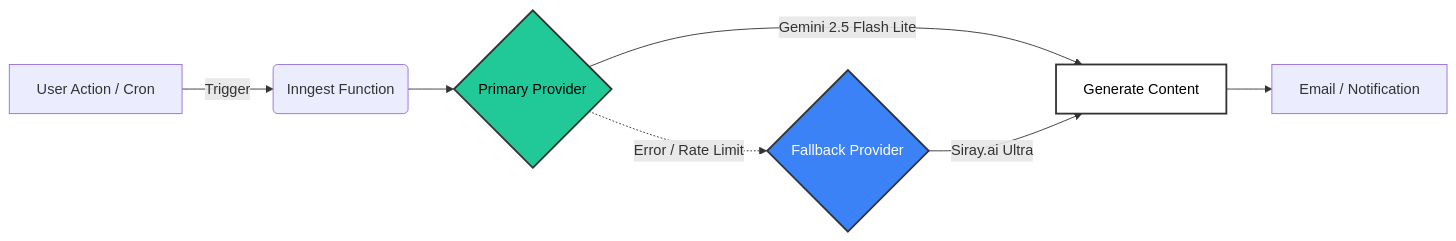
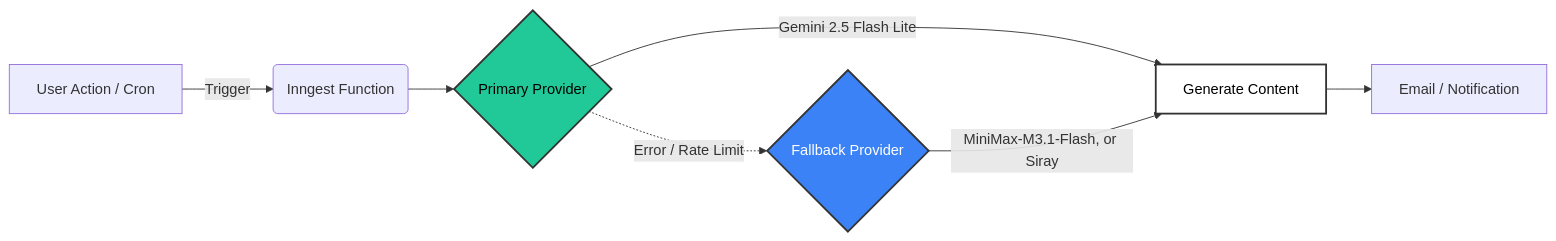
Before and after one commit to Open-Dev-Society/OpenStock: the diagram in API_DOCS.md, drawn with Mermaid. The commit also changed other lines of this file and 9 other files, not shown here.

````diff
--- a/API_DOCS.md
+++ b/API_DOCS.md
@@ -26,13 +26,13 @@
 ```mermaid
 graph LR
     A[User Action / Cron] -->|Trigger| B(Inngest Function);
     B --> C{Primary Provider};
     C -->|Gemini 2.5 Flash Lite| D[Generate Content];
     C -.->|Error / Rate Limit| E{Fallback Provider};
-    E -->|Siray.ai Ultra| D;
+    E -->|MiniMax-M3.1-Flash, or Siray| D;
     D --> F[Email / Notification];
     
     style C fill:#20c997,stroke:#333,stroke-width:2px,color:black
     style E fill:#3b82f6,stroke:#333,stroke-width:2px,color:white
     style D fill:#fff,stroke:#333,stroke-width:2px,color:black
 ```
````
